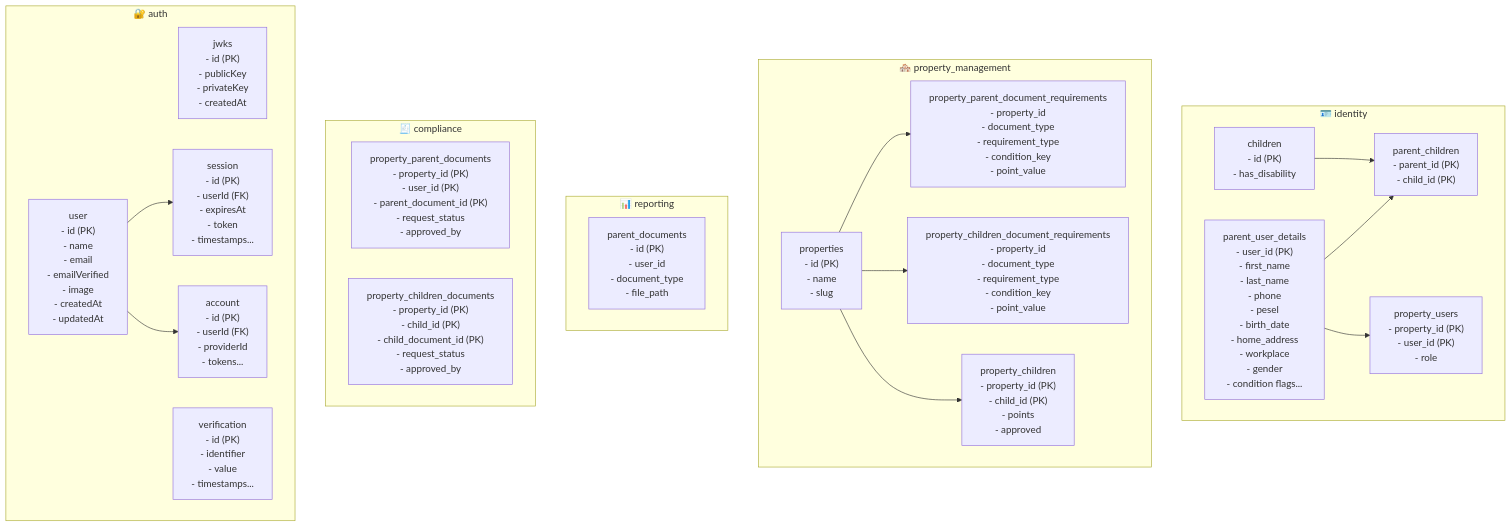
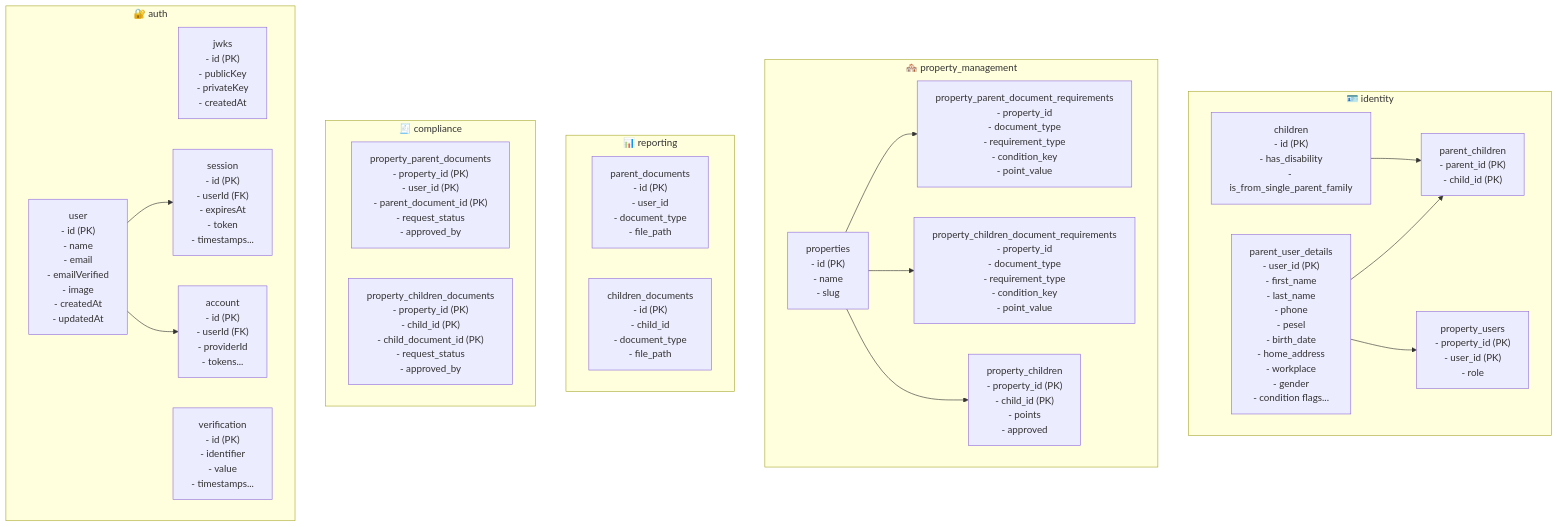
The diagram in README.md (MateuszKrolik/kindergarden_recruitment_app), drawn with Mermaid before and after one commit.

Commit message:
adjust README.md mermaid diagram

````diff
--- a/README.md
+++ b/README.md
@@ -1,44 +1,45 @@
 ```mermaid
 flowchart TB
     subgraph IDENTITY["🪪 identity"]
     parent_user_details["parent_user_details<br/>- user_id (PK)<br/>- first_name<br/>- last_name<br/>- phone<br/>- pesel<br/>- birth_date<br/>- home_address<br/>- workplace<br/>- gender<br/>- condition flags..."]
-    children_tbl["children<br/>- id (PK)<br/>- has_disability"]
+    children_tbl["children<br/>- id (PK)<br/>- has_disability<br/>- is_from_single_parent_family"]
     parent_children["parent_children<br/>- parent_id (PK)<br/>- child_id (PK)"]
     property_users["property_users<br/>- property_id (PK)<br/>- user_id (PK)<br/>- role"]
     end
 
     parent_user_details --> parent_children
     children_tbl --> parent_children
     parent_user_details --> property_users
 
     subgraph PROPERTY_MANAGEMENT["🏘️ property_management"]
     properties["properties<br/>- id (PK)<br/>- name<br/>- slug"]
     parent_doc_reqs["property_parent_document_requirements<br/>- property_id<br/>- document_type<br/>- requirement_type<br/>- condition_key<br/>- point_value"]
     children_doc_reqs["property_children_document_requirements<br/>- property_id<br/>- document_type<br/>- requirement_type<br/>- condition_key<br/>- point_value"]
     property_children_tbl["property_children<br/>- property_id (PK)<br/>- child_id (PK)<br/>- points<br/>- approved"]
     end
 
     properties --> parent_doc_reqs
     properties --> children_doc_reqs
     properties --> property_children_tbl
 
     subgraph REPORTING["📊 reporting"]
     parent_documents["parent_documents<br/>- id (PK)<br/>- user_id<br/>- document_type<br/>- file_path"]
+    children_documents["children_documents<br/>- id (PK)<br/>- child_id<br/>- document_type<br/>- file_path"]
     end
 
     subgraph COMPLIANCE["🧾 compliance"]
     property_parent_documents_tbl["property_parent_documents<br/>- property_id (PK)<br/>- user_id (PK)<br/>- parent_document_id (PK)<br/>- request_status<br/>- approved_by"]
     property_children_documents_tbl["property_children_documents<br/>- property_id (PK)<br/>- child_id (PK)<br/>- child_document_id (PK)<br/>- request_status<br/>- approved_by"]
     end
 
     subgraph AUTH["🔐 auth"]
     jwks_tbl["jwks<br/>- id (PK)<br/>- publicKey<br/>- privateKey<br/>- createdAt"]
     user_tbl["user<br/>- id (PK)<br/>- name<br/>- email<br/>- emailVerified<br/>- image<br/>- createdAt<br/>- updatedAt"]
     session_tbl["session<br/>- id (PK)<br/>- userId (FK)<br/>- expiresAt<br/>- token<br/>- timestamps..."]
     account_tbl["account<br/>- id (PK)<br/>- userId (FK)<br/>- providerId<br/>- tokens..."]
     verification_tbl["verification<br/>- id (PK)<br/>- identifier<br/>- value<br/>- timestamps..."]
     end
 
     user_tbl --> session_tbl
     user_tbl --> account_tbl
 ```
````
